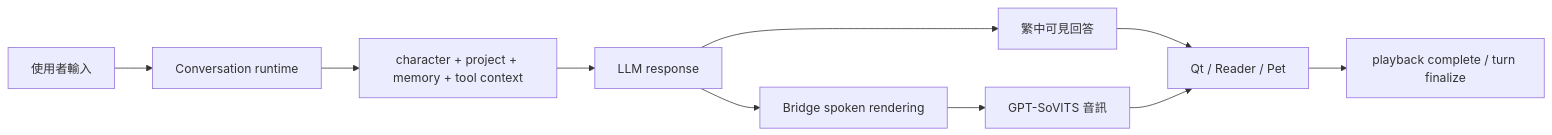
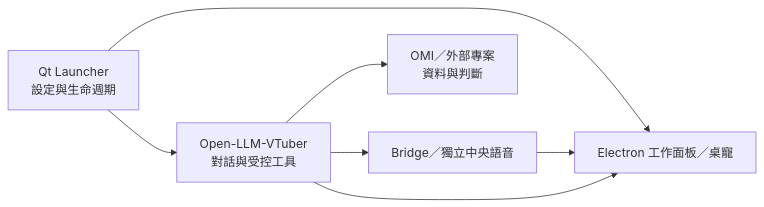
Before and after one commit to lulu930128/desktop-agent-runtime: the diagram in README.md, drawn with Mermaid. The commit also changed other lines of this file and 8 other files, not shown here.

Commit message:
docs: organize Kuro guides and architecture documentation

````diff
--- a/README.md
+++ b/README.md
@@ -250,12 +37,9 @@
 ```mermaid
 flowchart LR
-    Input["使用者輸入"] --> Runtime["Conversation runtime"]
-    Runtime --> Prompt["character + project + memory + tool context"]
-    Prompt --> Model["LLM response"]
-    Model --> Visible["繁中可見回答"]
-    Model --> Spoken["Bridge spoken rendering"]
-    Spoken --> TTS["GPT-SoVITS 音訊"]
-    Visible --> Client["Qt / Reader / Pet"]
-    TTS --> Client
-    Client --> Complete["playback complete / turn finalize"]
+    Launcher["Qt Launcher<br/>設定與生命週期"] --> Panel["Electron 工作面板／桌寵"]
+    Launcher --> Runtime["Open-LLM-VTuber<br/>對話與受控工具"]
+    Runtime --> Domain["OMI／外部專案<br/>資料與判斷"]
+    Runtime --> Voice["Bridge／獨立中央語音"]
+    Runtime --> Panel
+    Voice --> Panel
 ```
````
